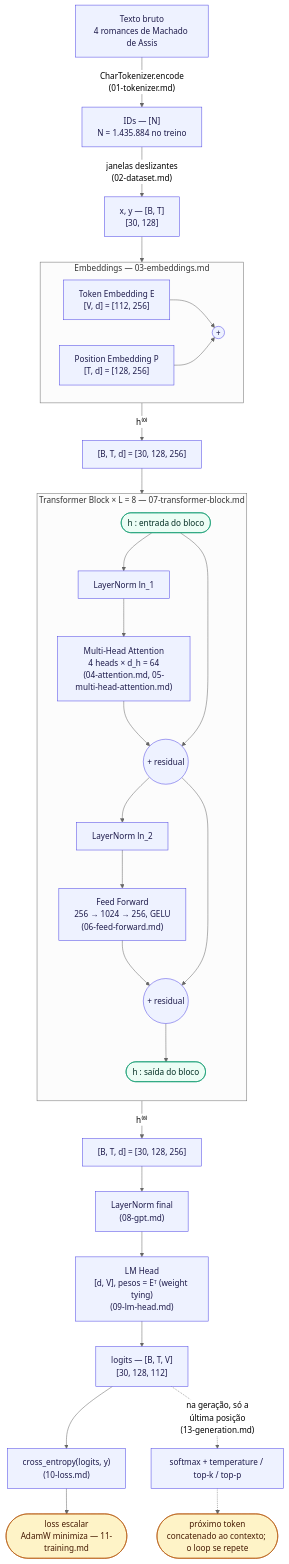
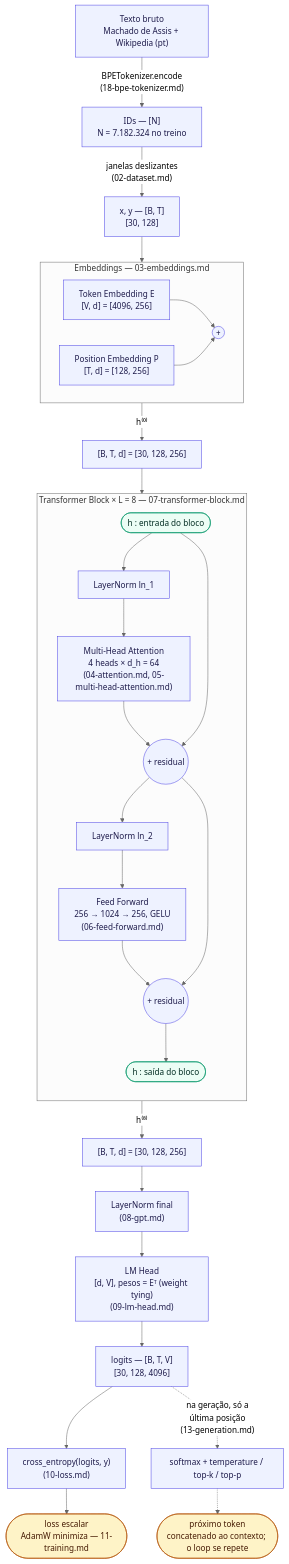
Before and after one commit to felipersas/mini-gpt: the diagram in docs/architecture.md, drawn with Mermaid (neutral theme). The commit also changed other lines of this file, not shown here.

First line of the commit message:
docs: update architecture.md for the BPE tokenizer and expanded corpus

````diff
--- a/docs/architecture.md
+++ b/docs/architecture.md
@@ -73,54 +75,54 @@
 ```mermaid
 flowchart TD
-    text["Texto bruto<br/>4 romances de Machado de Assis"] -->|"CharTokenizer.encode<br/>(01-tokenizer.md)"| ids["IDs — [N]<br/>N = 1.435.884 no treino"]
+    text["Texto bruto<br/>Machado de Assis + Wikipedia (pt)"] -->|"BPETokenizer.encode<br/>(18-bpe-tokenizer.md)"| ids["IDs — [N]<br/>N = 7.182.324 no treino"]
     ids -->|"janelas deslizantes<br/>(02-dataset.md)"| xy["x, y — [B, T]<br/>[30, 128]"]
 
     subgraph emb["Embeddings — 03-embeddings.md"]
         direction LR
-        tokemb["Token Embedding E<br/>[V, d] = [112, 256]"]
+        tokemb["Token Embedding E<br/>[V, d] = [4096, 256]"]
         posemb["Position Embedding P<br/>[T, d] = [128, 256]"]
         somaemb((" + "))
         tokemb --> somaemb
         posemb --> somaemb
     end
     xy --> emb
     emb -->|"h⁽⁰⁾"| h0["[B, T, d] = [30, 128, 256]"]
 
     subgraph block["Transformer Block × L = 8 — 07-transformer-block.md"]
         direction TB
         hin(["h : entrada do bloco"])
         ln1["LayerNorm ln_1"]
         mha["Multi-Head Attention<br/>4 heads × d_h = 64<br/>(04-attention.md, 05-multi-head-attention.md)"]
         add1((" + residual "))
         ln2["LayerNorm ln_2"]
         ffn["Feed Forward<br/>256 → 1024 → 256, GELU<br/>(06-feed-forward.md)"]
         add2((" + residual "))
         hout(["h : saída do bloco"])
 
         hin --> ln1 --> mha --> add1
         hin --> add1
         add1 --> ln2 --> ffn --> add2
         add1 --> add2
         add2 --> hout
     end
     h0 --> block
     block -->|"h⁽⁸⁾"| hfinal["[B, T, d] = [30, 128, 256]"]
 
     hfinal --> lnfinal["LayerNorm final<br/>(08-gpt.md)"]
     lnfinal --> lmhead["LM Head<br/>[d, V], pesos = Eᵀ (weight tying)<br/>(09-lm-head.md)"]
-    lmhead --> logits["logits — [B, T, V]<br/>[30, 128, 112]"]
+    lmhead --> logits["logits — [B, T, V]<br/>[30, 128, 4096]"]
 
     logits --> loss["cross_entropy(logits, y)<br/>(10-loss.md)"]
     loss --> lossval(["loss escalar<br/>AdamW minimiza — 11-training.md"])
 
     logits -.->|"na geração, só a<br/>última posição<br/>(13-generation.md)"| sample["softmax + temperature / top-k / top-p"]
     sample -.-> nexttoken(["próximo token<br/>concatenado ao contexto; o loop se repete"])
 
     classDef tensor fill:#eef2ff,stroke:#4f46e5,color:#1e1b4b
     classDef op fill:#ecfdf5,stroke:#059669,color:#022c22
     classDef scalar fill:#fef3c7,stroke:#b45309,color:#451a03
     class text,ids,xy,h0,hfinal,logits tensor
     class tokemb,posemb,somaemb,ln1,mha,add1,ln2,ffn,add2,lnfinal,lmhead,loss,sample tensor
     class hin,hout op
     class lossval,nexttoken scalar
 ```
````
